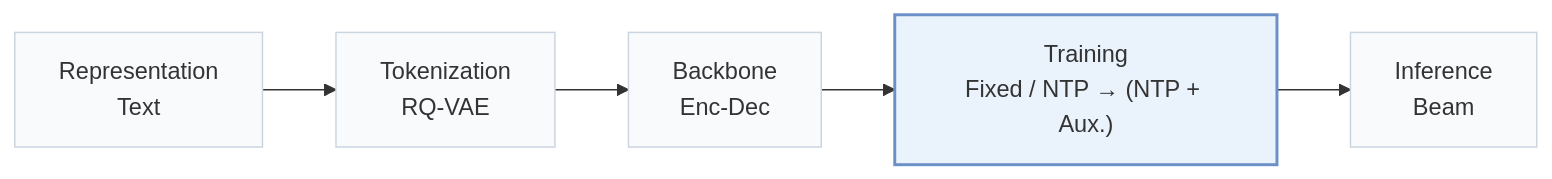
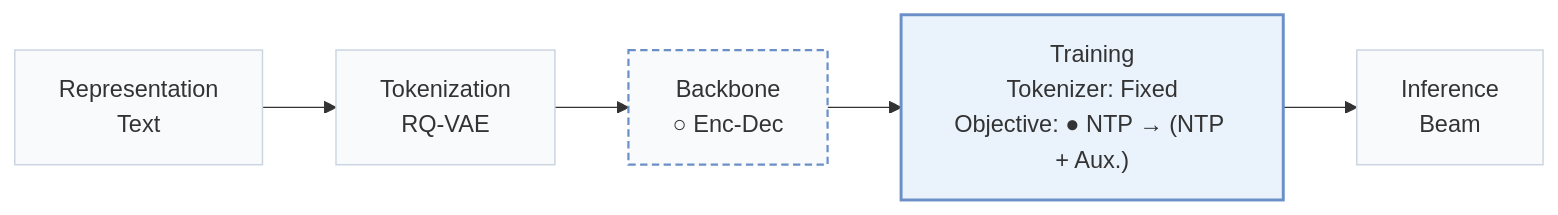
Before and after one commit to Galaxy-ghost/Awesome-SID-Generative-Rec: the first of 2 diagrams in pages/papers/reger.md, drawn with Mermaid. The commit also changed other lines of this file and 558 other files, not shown here.

````diff
--- a/pages/papers/reger.md
+++ b/pages/papers/reger.md
@@ -15,8 +18,10 @@
 ```mermaid
 flowchart LR
-    R["Representation<br/>Text"] --> T["Tokenization<br/>RQ-VAE"] --> B["Backbone<br/>Enc-Dec"] --> TR["Training<br/>Fixed / NTP → (NTP + Aux.)"] --> I["Inference<br/>Beam"]
+    R["Representation<br/>Text"] --> T["Tokenization<br/>RQ-VAE"] --> B["Backbone<br/>○ Enc-Dec"] --> TR["Training<br/>Tokenizer: Fixed<br/>Objective: ● NTP → (NTP + Aux.)"] --> I["Inference<br/>Beam"]
     classDef base fill:#f8fafc,stroke:#cbd5e1
     class R,T,B,TR,I base
+    classDef other fill:#f8fafc,stroke:#6b8fc7,stroke-width:1.5px,stroke-dasharray:5 3
+    class B other
     classDef main fill:#eaf2fb,stroke:#6b8fc7,stroke-width:2px
     class TR main
 ```
````
